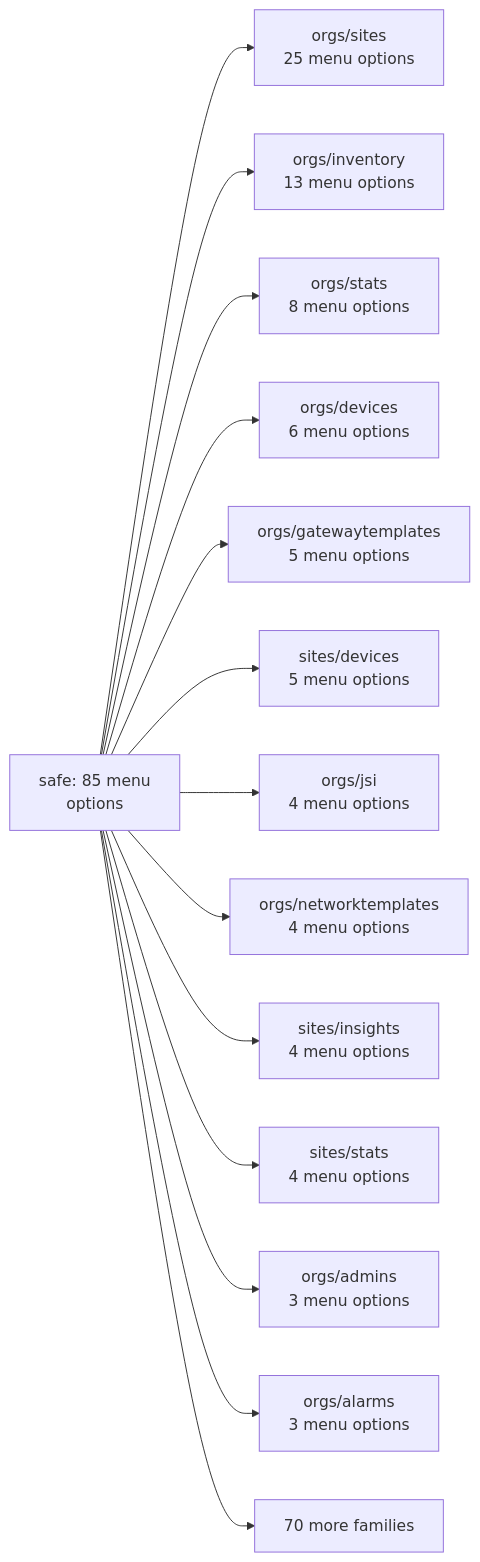
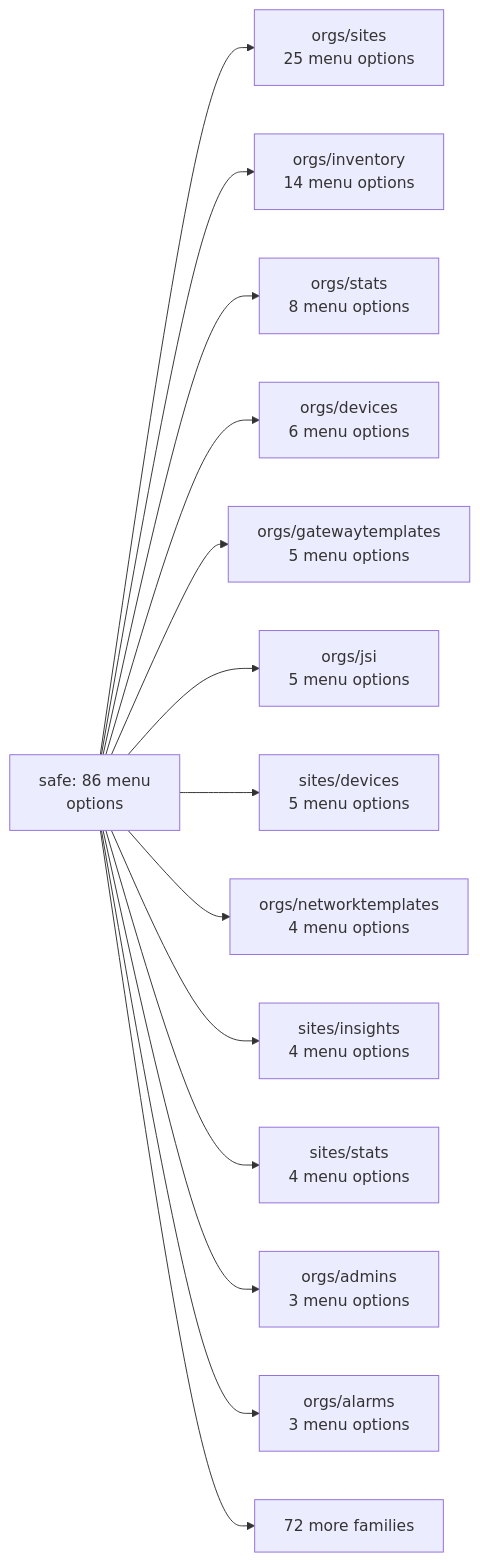
Before and after one commit to jmorrison-juniper/MistHelper: the first of 24 diagrams in documentation/menu-api/safe.md, drawn with Mermaid. The commit also changed other lines of this file and 35 other files, not shown here.

````diff
--- a/documentation/menu-api/safe.md
+++ b/documentation/menu-api/safe.md
@@ -17,17 +17,17 @@
 ```mermaid
 flowchart LR
-    root["safe: 85 menu<br/>options"]
+    root["safe: 86 menu<br/>options"]
     root --> f_orgs_sites["orgs/sites<br/>25 menu options"]
-    root --> f_orgs_inventory["orgs/inventory<br/>13 menu options"]
+    root --> f_orgs_inventory["orgs/inventory<br/>14 menu options"]
     root --> f_orgs_stats["orgs/stats<br/>8 menu options"]
     root --> f_orgs_devices["orgs/devices<br/>6 menu options"]
     root --> f_orgs_gatewaytemplates["orgs/gatewaytemplates<br/>5 menu options"]
+    root --> f_orgs_jsi["orgs/jsi<br/>5 menu options"]
     root --> f_sites_devices["sites/devices<br/>5 menu options"]
-    root --> f_orgs_jsi["orgs/jsi<br/>4 menu options"]
     root --> f_orgs_networktemplates["orgs/networktemplates<br/>4 menu options"]
     root --> f_sites_insights["sites/insights<br/>4 menu options"]
     root --> f_sites_stats["sites/stats<br/>4 menu options"]
     root --> f_orgs_admins["orgs/admins<br/>3 menu options"]
     root --> f_orgs_alarms["orgs/alarms<br/>3 menu options"]
-    root --> more["70 more families"]
+    root --> more["72 more families"]
 ```
````
